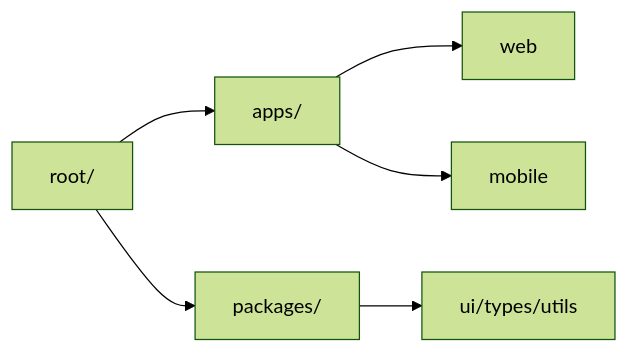
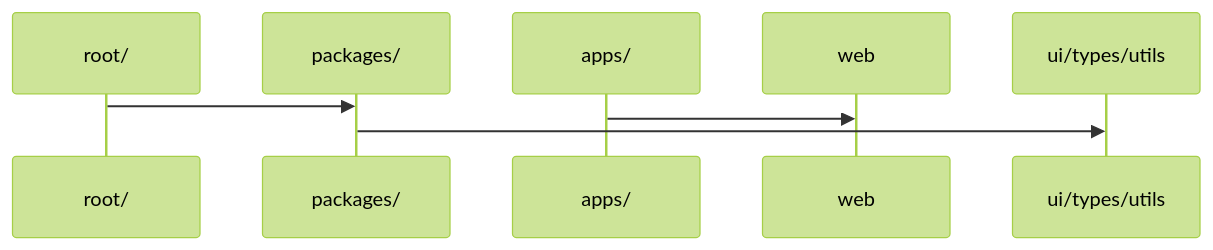
One commit to yjkim2015/yjkim2015.github.io changed the fifth of 7 diagrams in _posts/frontend/2026-05-02-frontend-architecture.md. Above: the diagram before and after it, drawn with Mermaid (forest theme). The commit also changed 89 other files, not shown here.

First line of the commit message:
복잡한 flowchart 163개 → sequenceDiagram 변환 (90파일)

````diff
--- a/_posts/frontend/2026-05-02-frontend-architecture.md
+++ b/_posts/frontend/2026-05-02-frontend-architecture.md
@@ -248,7 +248,6 @@
 ```mermaid
-graph LR
-    ROOT["root/"] --> APPS["apps/"]
-    ROOT --> PKG["packages/"]
-    APPS --> WEB["web"] & MOBILE["mobile"]
-    PKG --> UI["ui/types/utils"]
+sequenceDiagram
+    root/->>packages/: 
+    apps/->>web: 
+    packages/->>ui/types/utils: 
 ```
````
